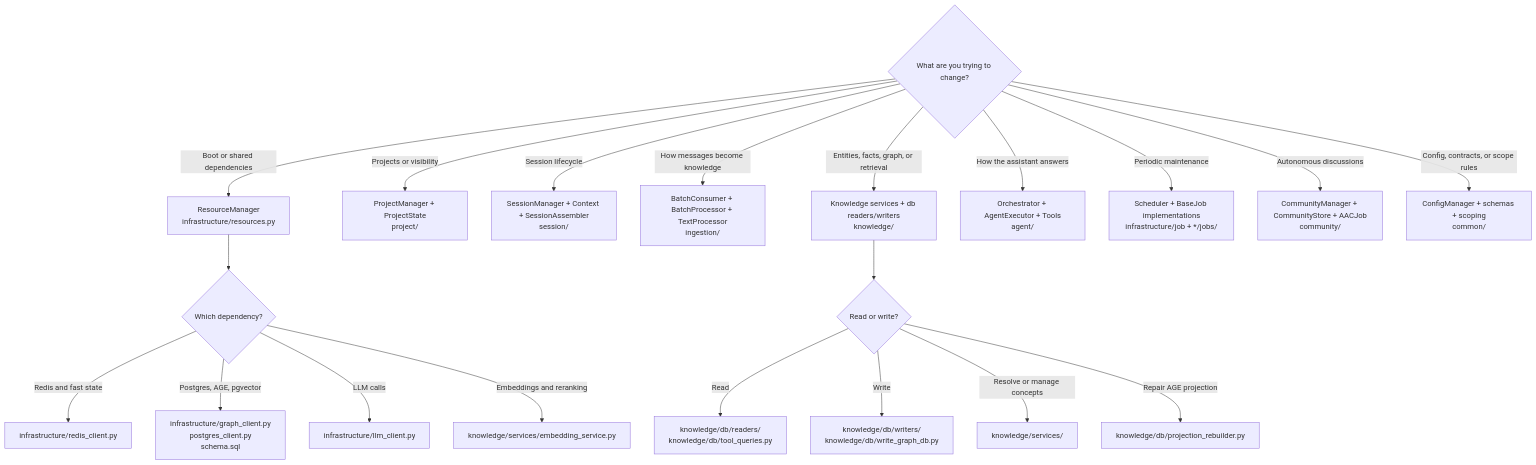
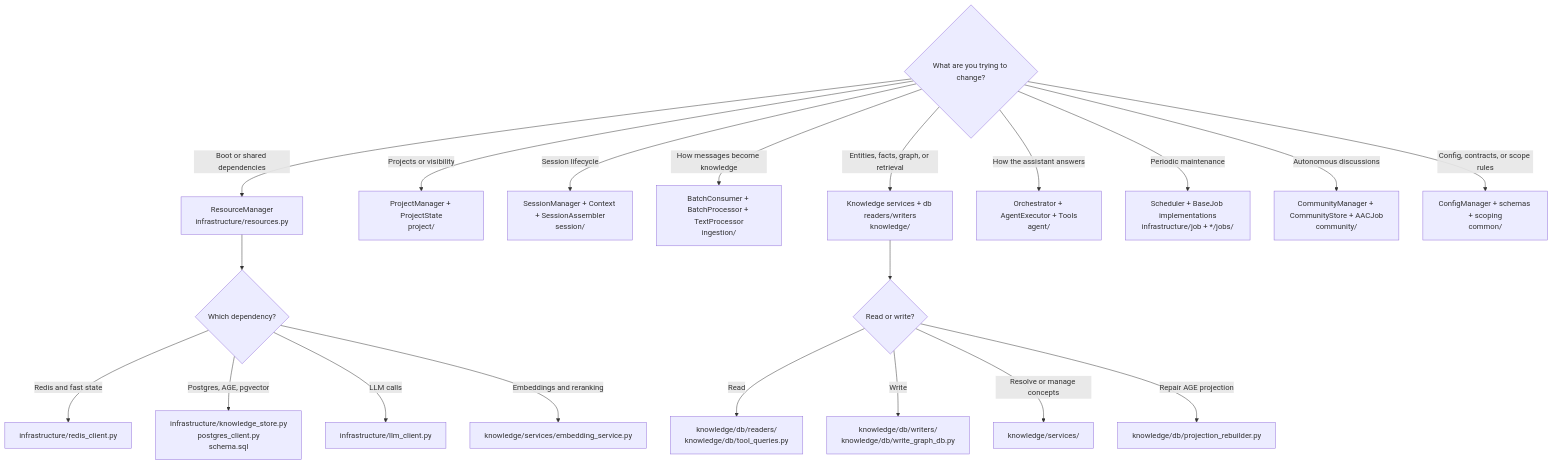
Before and after one commit to yinka3/knoggin: the first of 9 diagrams in knoggin-server/codebase-analysis-docs/KNOGGIN_SERVER_DECISION_TREE.md, drawn with Mermaid. The commit also changed other lines of this file and 98 other files, not shown here.

````diff
--- a/knoggin-server/codebase-analysis-docs/KNOGGIN_SERVER_DECISION_TREE.md
+++ b/knoggin-server/codebase-analysis-docs/KNOGGIN_SERVER_DECISION_TREE.md
@@ -17,26 +17,26 @@
 ```mermaid
 flowchart TD
     START{"What are you trying to change?"}
 
     START -->|Boot or shared dependencies| RES["ResourceManager<br/>infrastructure/resources.py"]
     START -->|Projects or visibility| PROJ["ProjectManager + ProjectState<br/>project/"]
     START -->|Session lifecycle| SESSION["SessionManager + Context + SessionAssembler<br/>session/"]
     START -->|How messages become knowledge| INGEST["BatchConsumer + BatchProcessor + TextProcessor<br/>ingestion/"]
     START -->|Entities, facts, graph, or retrieval| KNOW["Knowledge services + db readers/writers<br/>knowledge/"]
     START -->|How the assistant answers| AGENT["Orchestrator + AgentExecutor + Tools<br/>agent/"]
     START -->|Periodic maintenance| JOBS["Scheduler + BaseJob implementations<br/>infrastructure/job + */jobs/"]
     START -->|Autonomous discussions| AAC["CommunityManager + CommunityStore + AACJob<br/>community/"]
     START -->|Config, contracts, or scope rules| COMMON["ConfigManager + schemas + scoping<br/>common/"]
 
     RES --> R1{"Which dependency?"}
     R1 -->|Redis and fast state| REDIS["infrastructure/redis_client.py"]
-    R1 -->|Postgres, AGE, pgvector| GRAPH["infrastructure/graph_client.py<br/>postgres_client.py<br/>schema.sql"]
+    R1 -->|Postgres, AGE, pgvector| GRAPH["infrastructure/knowledge_store.py<br/>postgres_client.py<br/>schema.sql"]
     R1 -->|LLM calls| LLM["infrastructure/llm_client.py"]
     R1 -->|Embeddings and reranking| EMB["knowledge/services/embedding_service.py"]
 
     KNOW --> K1{"Read or write?"}
     K1 -->|Read| READERS["knowledge/db/readers/<br/>knowledge/db/tool_queries.py"]
     K1 -->|Write| WRITERS["knowledge/db/writers/<br/>knowledge/db/write_graph_db.py"]
     K1 -->|Resolve or manage concepts| SERVICES["knowledge/services/"]
     K1 -->|Repair AGE projection| REBUILD["knowledge/db/projection_rebuilder.py"]
 ```
````
